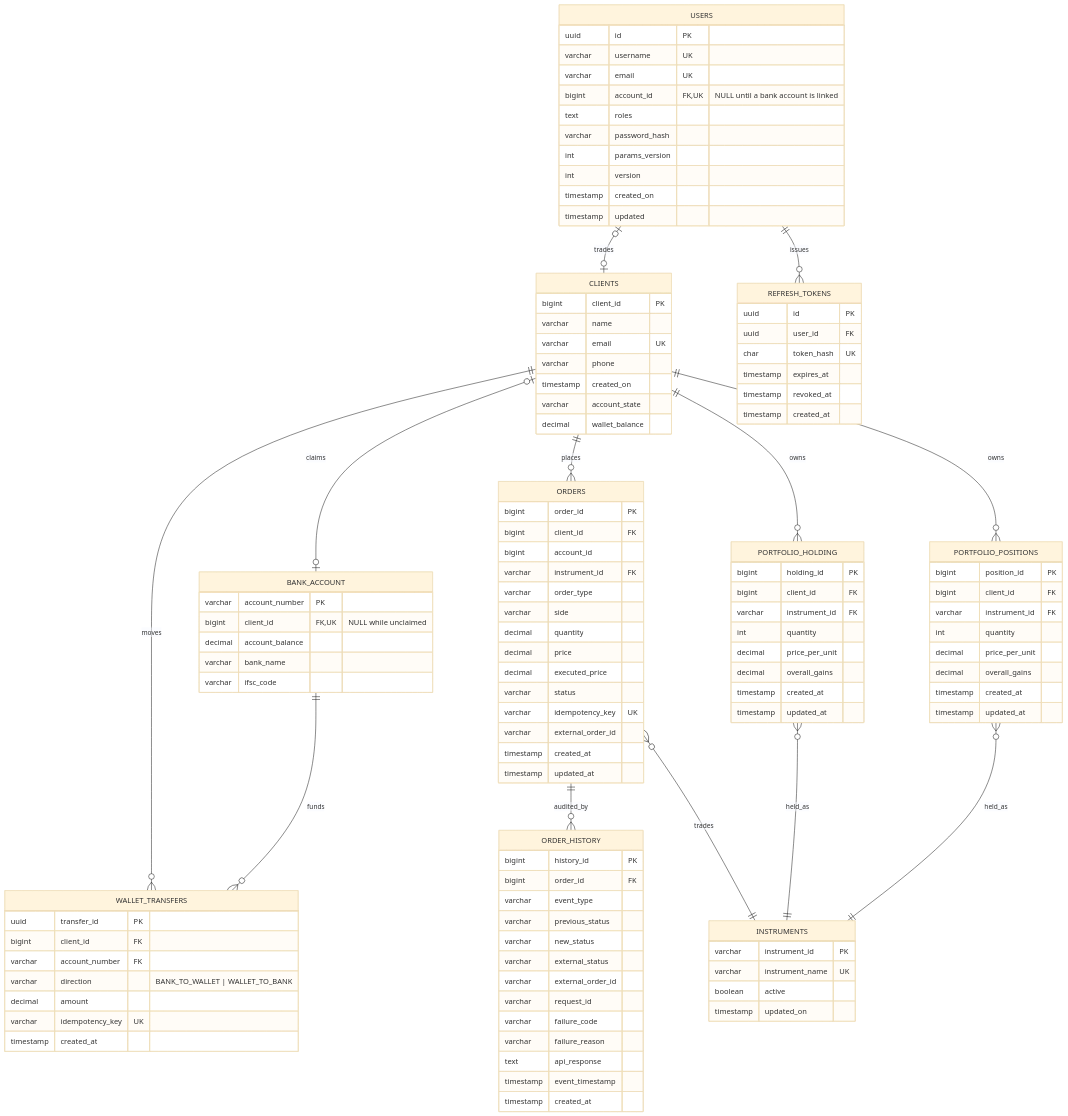
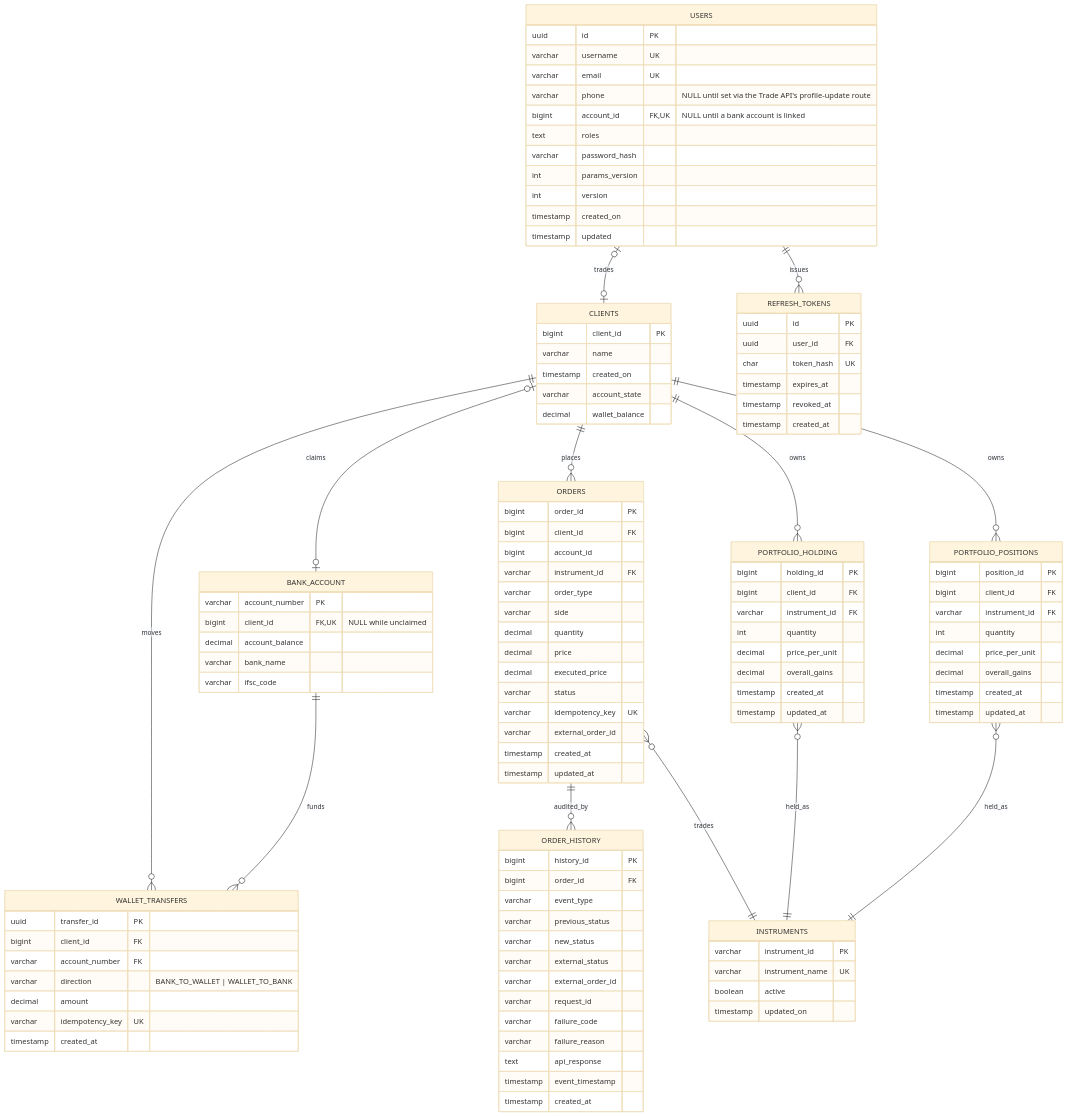
The diagram in docs/erd.mmd (Neueda-Learning/Chennai-capstone-SE3-Team1), drawn with Mermaid (base theme) before and after one commit. The commit also changed 48 other files, not shown here.

```diff
--- a/docs/erd.mmd
+++ b/docs/erd.mmd
@@ -1,118 +1,117 @@
 erDiagram
     %% USERS and REFRESH_TOKENS live in the auth_db schema (018_users_to_auth_db_schema.sql);
     %% every other table here is in public.
     BANK_ACCOUNT {
         varchar   account_number  PK
         bigint    client_id       FK,UK "NULL while unclaimed"
         decimal   account_balance
         varchar   bank_name
         varchar   ifsc_code
     }
     CLIENTS {
         bigint    client_id       PK
         varchar   name
-        varchar   email           UK
-        varchar   phone
         timestamp created_on
         varchar   account_state
         decimal   wallet_balance
     }
     WALLET_TRANSFERS {
         uuid      transfer_id     PK
         bigint    client_id       FK
         varchar   account_number  FK
         varchar   direction       "BANK_TO_WALLET | WALLET_TO_BANK"
         decimal   amount
         varchar   idempotency_key UK
         timestamp created_at
     }
     USERS {
         uuid      id              PK
         varchar   username        UK
         varchar   email           UK
+        varchar   phone           "NULL until set via the Trade API's profile-update route"
         bigint    account_id      FK,UK "NULL until a bank account is linked"
         text      roles
         varchar   password_hash
         int       params_version
         int       version
         timestamp created_on
         timestamp updated
     }
     REFRESH_TOKENS {
         uuid      id              PK
         uuid      user_id         FK
         char      token_hash      UK
         timestamp expires_at
         timestamp revoked_at
         timestamp created_at
     }
     INSTRUMENTS {
         varchar   instrument_id   PK
         varchar   instrument_name UK
         boolean   active
         timestamp updated_on
     }
     ORDERS {
         bigint    order_id          PK
         bigint    client_id         FK
         bigint    account_id
         varchar   instrument_id     FK
         varchar   order_type
         varchar   side
         decimal   quantity
         decimal   price
         decimal   executed_price
         varchar   status
         varchar   idempotency_key   UK
         varchar   external_order_id
         timestamp created_at
         timestamp updated_at
     }
     ORDER_HISTORY {
         bigint    history_id        PK
         bigint    order_id          FK
         varchar   event_type
         varchar   previous_status
         varchar   new_status
         varchar   external_status
         varchar   external_order_id
         varchar   request_id
         varchar   failure_code
         varchar   failure_reason
         text      api_response
         timestamp event_timestamp
         timestamp created_at
     }
     PORTFOLIO_HOLDING {
         bigint    holding_id      PK
         bigint    client_id       FK
         varchar   instrument_id   FK
         int       quantity
         decimal   price_per_unit
         decimal   overall_gains
         timestamp created_at
         timestamp updated_at
     }
     PORTFOLIO_POSITIONS {
         bigint    position_id     PK
         bigint    client_id       FK
         varchar   instrument_id   FK
         int       quantity
         decimal   price_per_unit
         decimal   overall_gains
         timestamp created_at
         timestamp updated_at
     }
 
     CLIENTS              |o--o| BANK_ACCOUNT        : claims
     USERS                |o--o| CLIENTS             : trades
     USERS                ||--o{ REFRESH_TOKENS      : issues
     CLIENTS              ||--o{ WALLET_TRANSFERS    : moves
     BANK_ACCOUNT         ||--o{ WALLET_TRANSFERS    : funds
     CLIENTS              ||--o{ ORDERS              : places
     ORDERS               ||--o{ ORDER_HISTORY       : audited_by
     ORDERS               }o--|| INSTRUMENTS         : trades
     CLIENTS              ||--o{ PORTFOLIO_HOLDING   : owns
     CLIENTS              ||--o{ PORTFOLIO_POSITIONS : owns
     PORTFOLIO_HOLDING    }o--|| INSTRUMENTS         : held_as
     PORTFOLIO_POSITIONS  }o--|| INSTRUMENTS         : held_as
```
